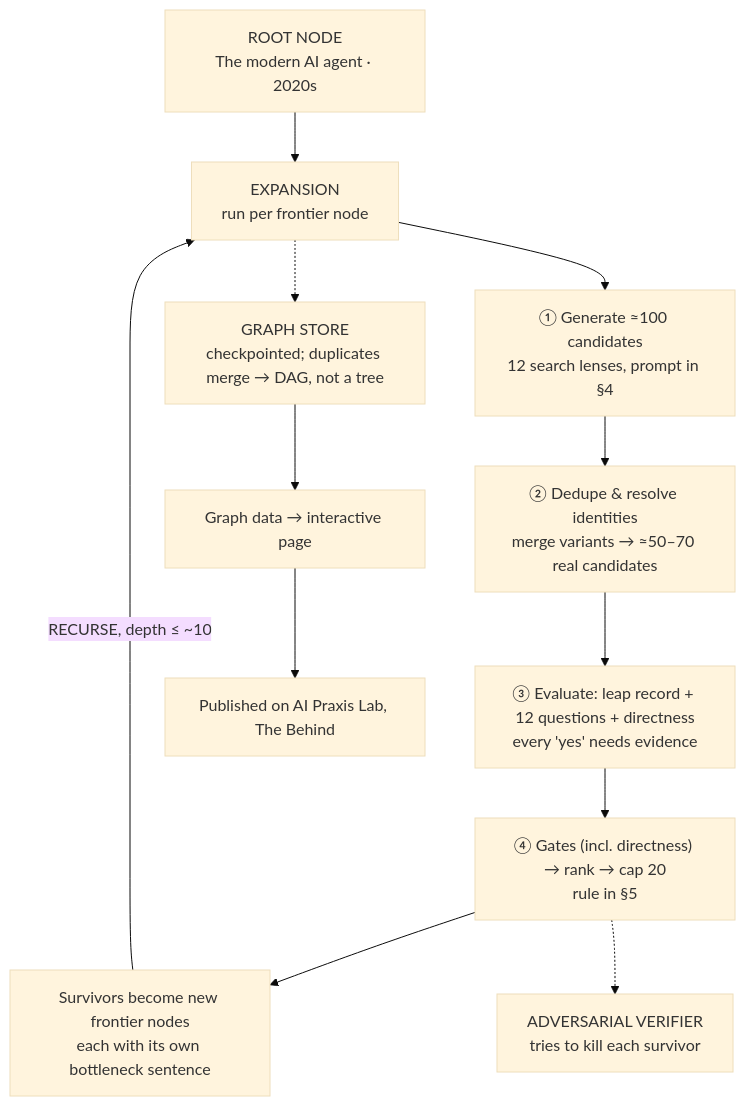
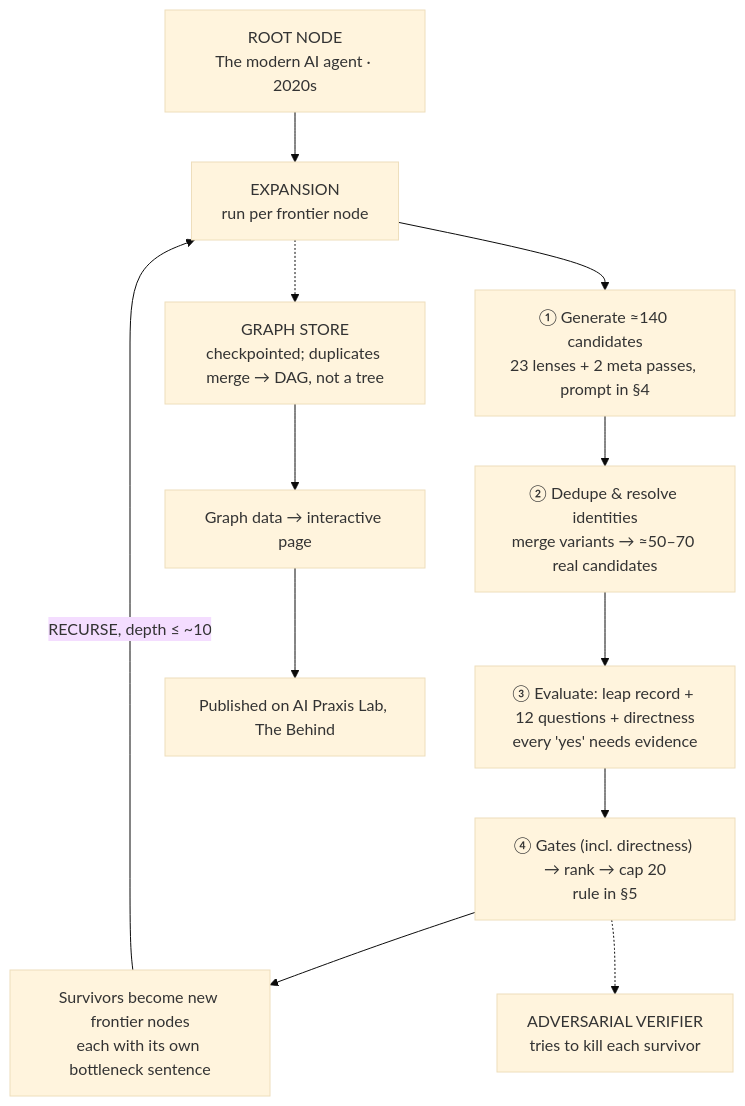
The diagram in the-behind/DESIGN.md (ialchemist-dev/QuickPrototype), drawn with Mermaid (base theme) before and after one commit. The commit also changed other lines of this file and 2 other files, not shown here.

Commit message:
The Behind 01 design v4: exhaustive lens framework (23 lenses + 2 meta passes, raw_target 140, dry notes, institutional nodes admissible, extended retro-sweep); lens-framework totals corrected to 40/46/24

````diff
--- a/the-behind/DESIGN.md
+++ b/the-behind/DESIGN.md
@@ -11,14 +11,14 @@
 ```mermaid
 flowchart TD
     A["ROOT NODE<br/>The modern AI agent · 2020s"] --> B["EXPANSION<br/>run per frontier node"]
-    B --> B1["① Generate ≈100 candidates<br/>12 search lenses, prompt in §4"]
+    B --> B1["① Generate ≈140 candidates<br/>23 lenses + 2 meta passes, prompt in §4"]
     B1 --> B2["② Dedupe & resolve identities<br/>merge variants → ≈50–70 real candidates"]
     B2 --> B3["③ Evaluate: leap record + 12 questions + directness<br/>every 'yes' needs evidence"]
     B3 --> B4["④ Gates (incl. directness) → rank → cap 20<br/>rule in §5"]
     B4 --> C["Survivors become new frontier nodes<br/>each with its own bottleneck sentence"]
     C -->|"RECURSE, depth ≤ ~10"| B
     B -.-> G["GRAPH STORE<br/>checkpointed; duplicates merge → DAG, not a tree"]
     B4 -.-> V["ADVERSARIAL VERIFIER<br/>tries to kill each survivor"]
     G --> O["Graph data → interactive page"]
     O --> P["Published on AI Praxis Lab, The Behind"]
 ```
````
